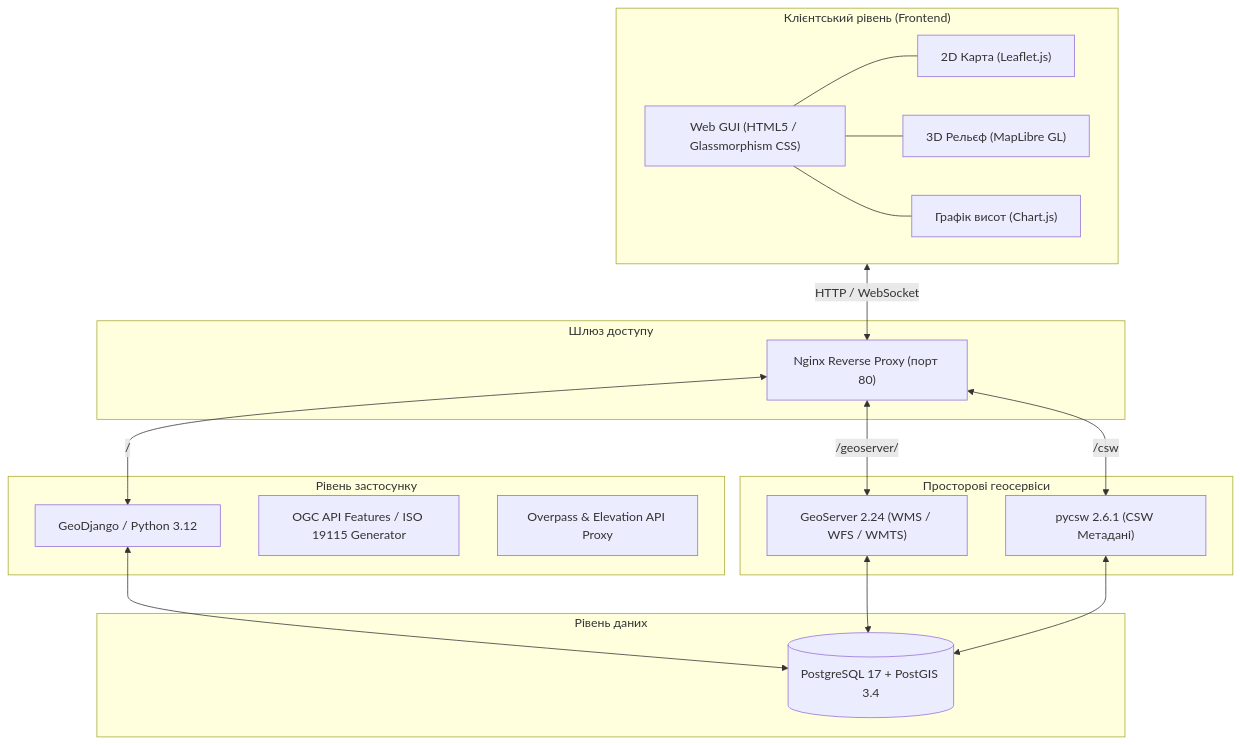
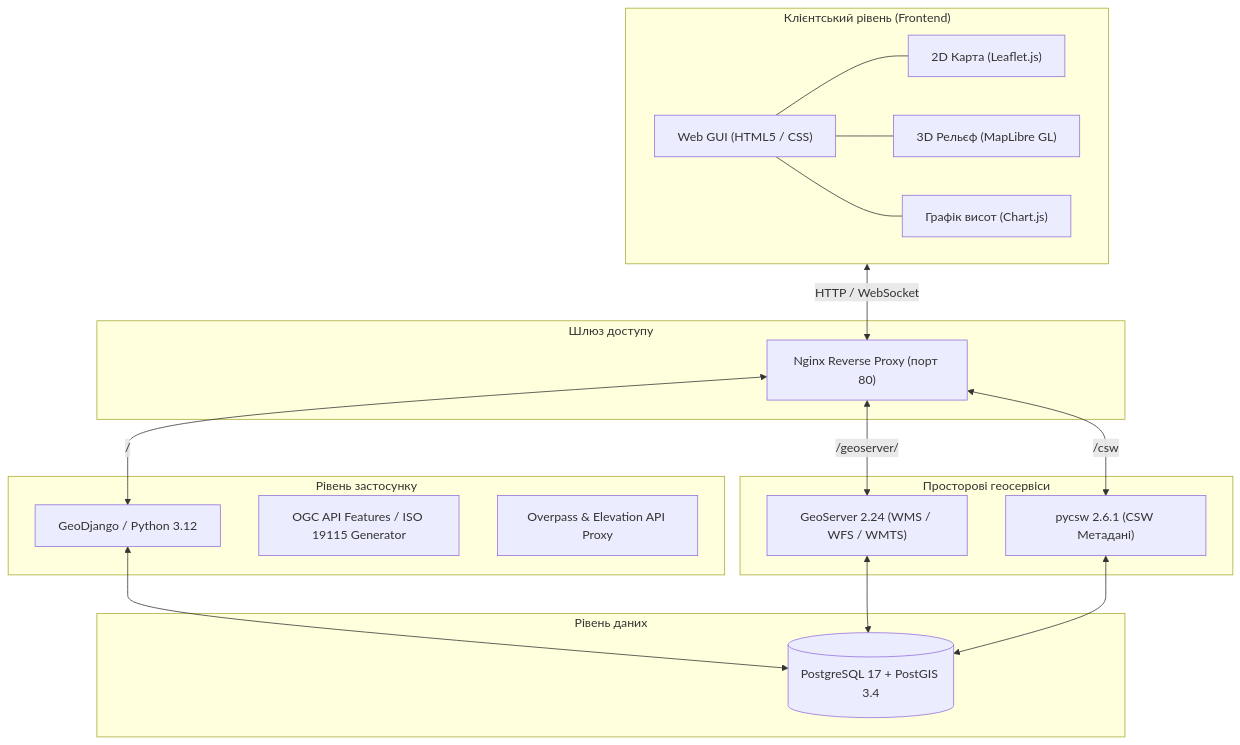
The diagram in README.md (giswebtest/GeoPortalTurism), drawn with Mermaid before and after one commit. The commit also changed other lines of this file, not shown here.

Commit message:
Revise UI description and author name in README
Updated the UI description in the flowchart and modified the author's name.

````diff
--- a/README.md
+++ b/README.md
@@ -27,40 +27,40 @@
 ```mermaid
 flowchart TD
     subgraph Client ["Клієнтський рівень (Frontend)"]
-        UI["Web GUI (HTML5 / Glassmorphism CSS)"]
+        UI["Web GUI (HTML5 / CSS)"]
         L2D["2D Карта (Leaflet.js)"]
         M3D["3D Рельєф (MapLibre GL)"]
         Chart["Графік висот (Chart.js)"]
         UI --- L2D
         UI --- M3D
         UI --- Chart
     end
 
     subgraph Gateway ["Шлюз доступу"]
         Nginx["Nginx Reverse Proxy (порт 80)"]
     end
 
     subgraph AppServer ["Рівень застосунку"]
         Django["GeoDjango / Python 3.12"]
         OGC_API["OGC API Features / ISO 19115 Generator"]
         Proxy["Overpass & Elevation API Proxy"]
     end
 
     subgraph GeoServices ["Просторові геосервіси"]
         GeoServer["GeoServer 2.24 (WMS / WFS / WMTS)"]
         PyCSW["pycsw 2.6.1 (CSW Метадані)"]
     end
 
     subgraph Database ["Рівень даних"]
         PostGIS[(PostgreSQL 17 + PostGIS 3.4)]
     end
 
     Client <-->|HTTP / WebSocket| Nginx
     Nginx <-->|/| Django
     Nginx <-->|/geoserver/| GeoServer
     Nginx <-->|/csw| PyCSW
 
     Django <--> PostGIS
     GeoServer <--> PostGIS
     PyCSW <--> PostGIS
 ```
````
